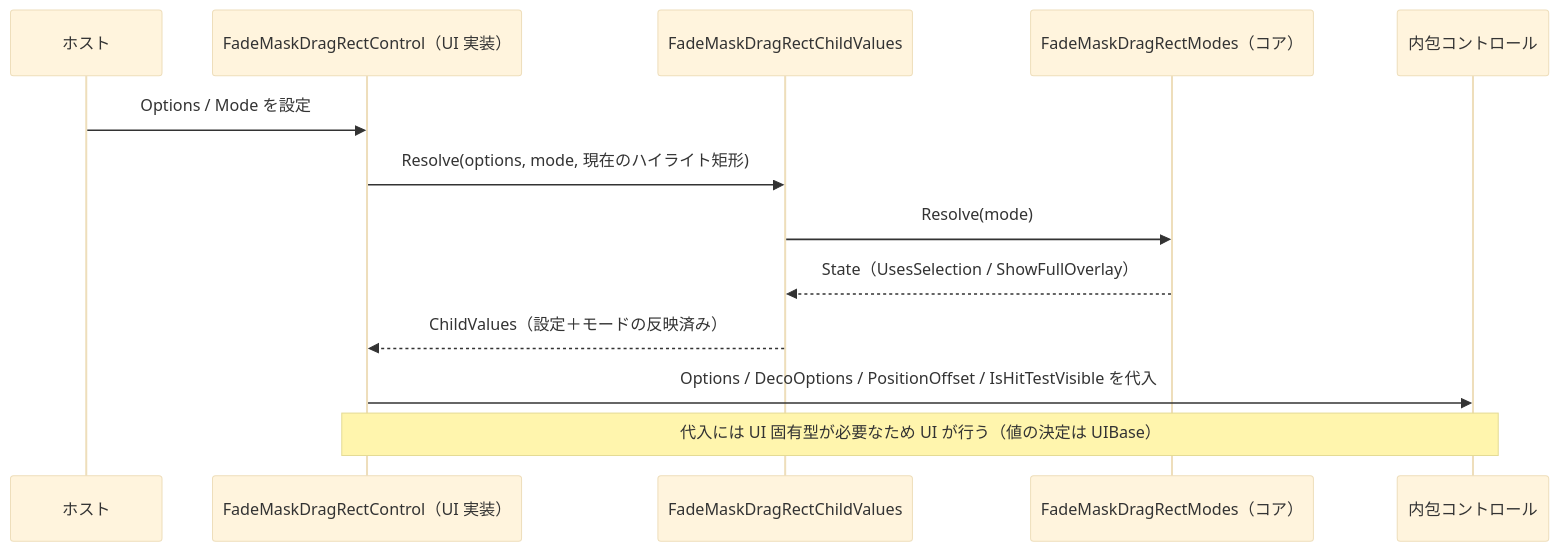
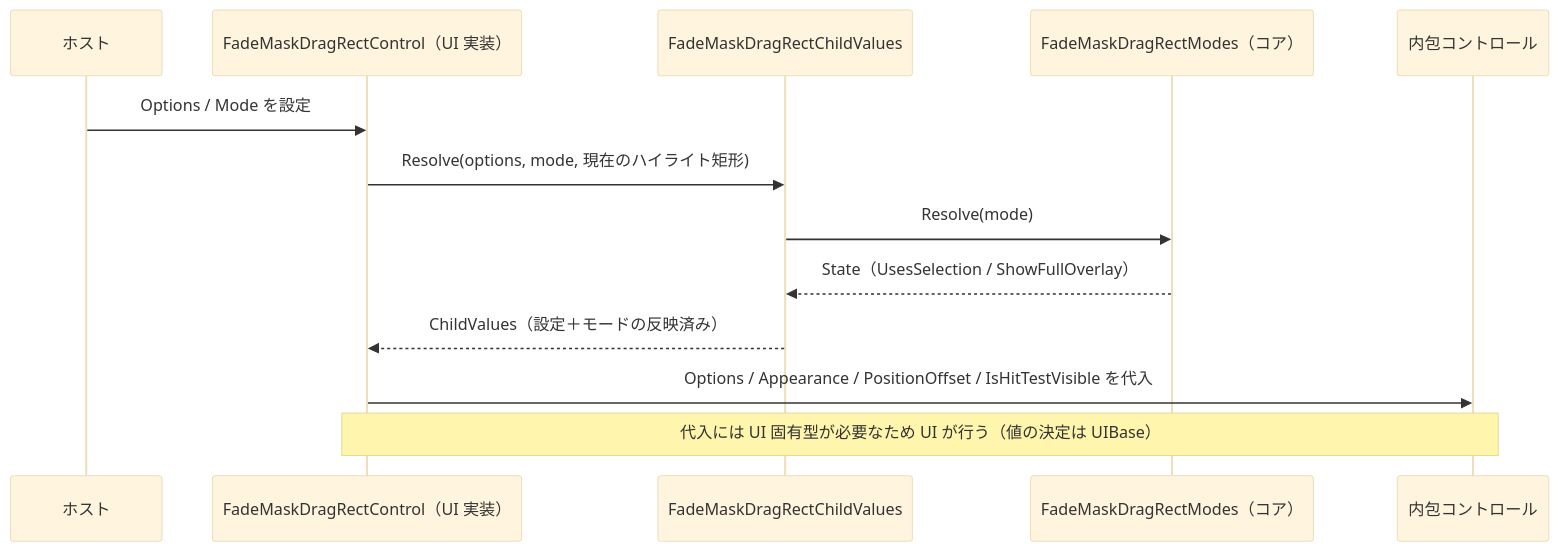
The third of 5 diagrams in src/FadeMaskDragRectControl.UIBase/SPEC_System.md (tomokuni/SaveEvidence), drawn with Mermaid (base theme) before and after one commit. The commit also changed other lines of this file and 33 other files, not shown here.

````diff
--- a/src/FadeMaskDragRectControl.UIBase/SPEC_System.md
+++ b/src/FadeMaskDragRectControl.UIBase/SPEC_System.md
@@ -83,16 +83,16 @@
 ```mermaid
 sequenceDiagram
   participant Host as ホスト
   participant UI as FadeMaskDragRectControl（UI 実装）
   participant UB as FadeMaskDragRectChildValues
   participant Core as FadeMaskDragRectModes（コア）
   participant Child as 内包コントロール
 
   Host->>UI: Options / Mode を設定
   UI->>UB: Resolve(options, mode, 現在のハイライト矩形)
   UB->>Core: Resolve(mode)
   Core-->>UB: State（UsesSelection / ShowFullOverlay）
   UB-->>UI: ChildValues（設定＋モードの反映済み）
-  UI->>Child: Options / DecoOptions / PositionOffset / IsHitTestVisible を代入
+  UI->>Child: Options / Appearance / PositionOffset / IsHitTestVisible を代入
   Note over UI,Child: 代入には UI 固有型が必要なため UI が行う（値の決定は UIBase）
 ```
````
